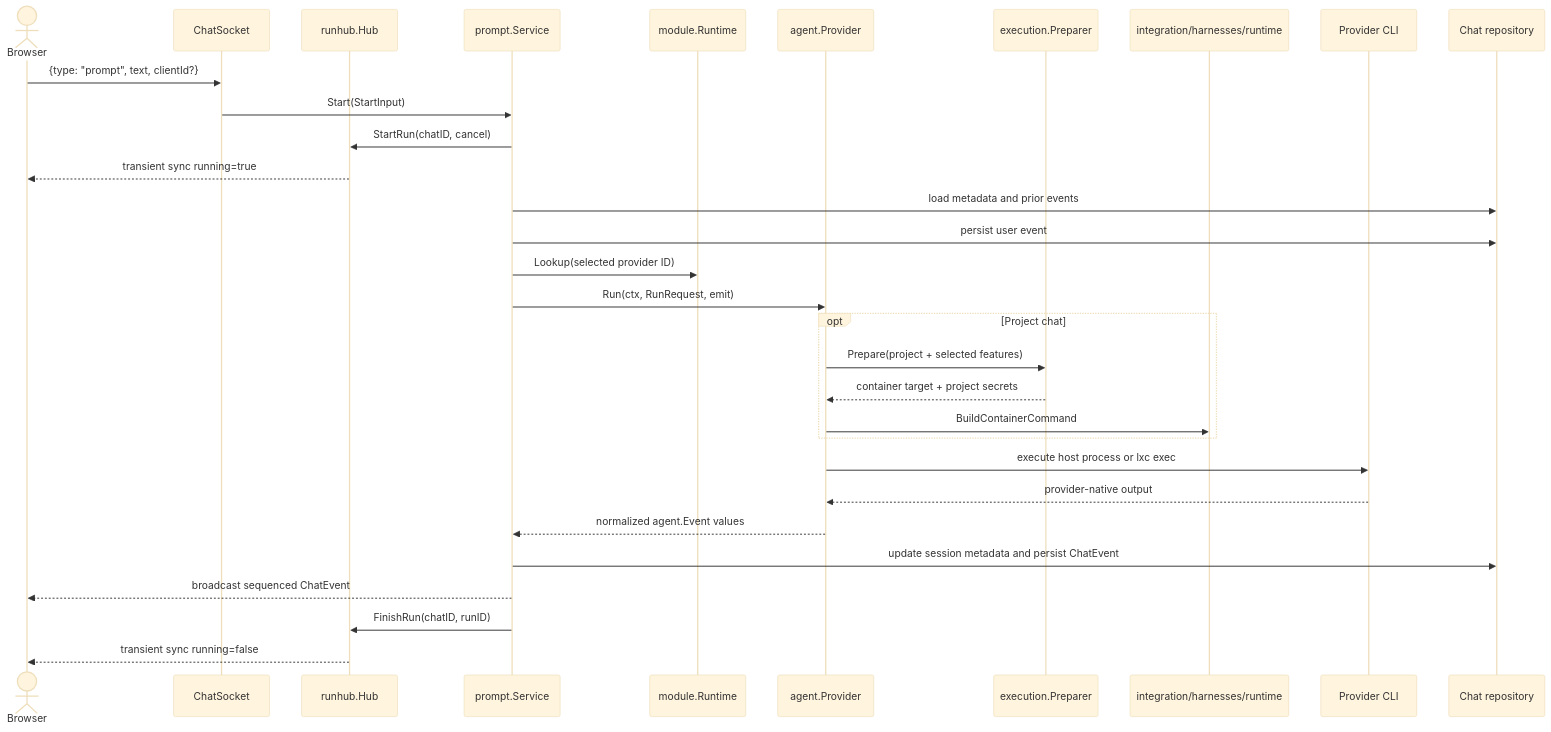
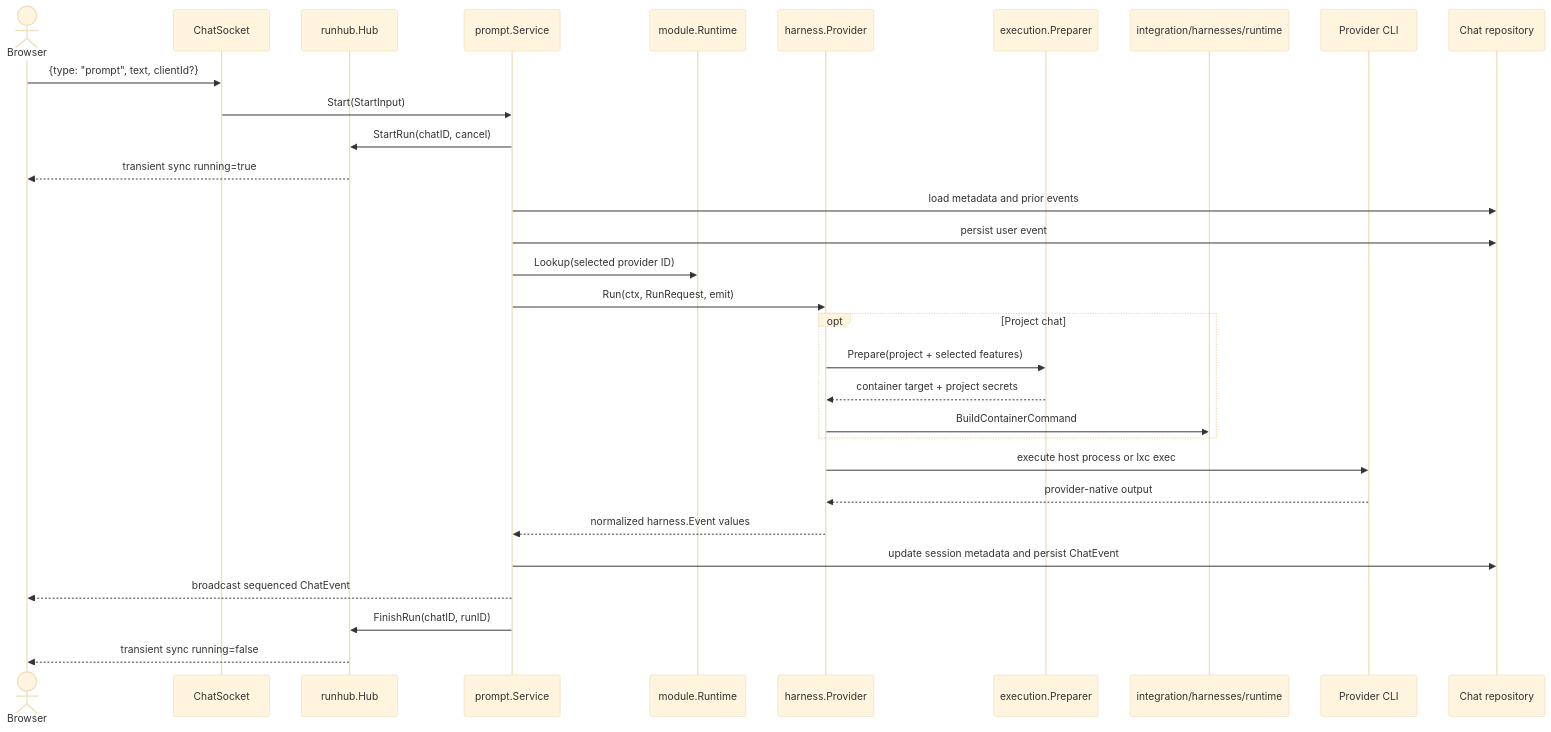
Before and after one commit to futrx-com/remote.futrx: the diagram in docs/dev/agents/02-runtime-and-event-parsing.md, drawn with Mermaid (base theme). The commit also changed other lines of this file and 66 other files, not shown here.

First line of the commit message:
refactor(harness): align remaining agent names with harness vocabulary

````diff
--- a/docs/dev/agents/02-runtime-and-event-parsing.md
+++ b/docs/dev/agents/02-runtime-and-event-parsing.md
@@ -10,34 +10,34 @@
 ```mermaid
 sequenceDiagram
     actor Browser
     participant Socket as ChatSocket
     participant Hub as runhub.Hub
     participant Prompt as prompt.Service
     participant Runtime as module.Runtime
-    participant Provider as agent.Provider
+    participant Provider as harness.Provider
     participant Prep as execution.Preparer
     participant Cmd as integration/harnesses/runtime
     participant CLI as Provider CLI
     participant Store as Chat repository
 
     Browser->>Socket: {type: "prompt", text, clientId?}
     Socket->>Prompt: Start(StartInput)
     Prompt->>Hub: StartRun(chatID, cancel)
     Hub-->>Browser: transient sync running=true
     Prompt->>Store: load metadata and prior events
     Prompt->>Store: persist user event
     Prompt->>Runtime: Lookup(selected provider ID)
     Prompt->>Provider: Run(ctx, RunRequest, emit)
     opt Project chat
         Provider->>Prep: Prepare(project + selected features)
         Prep-->>Provider: container target + project secrets
         Provider->>Cmd: BuildContainerCommand
     end
     Provider->>CLI: execute host process or lxc exec
     CLI-->>Provider: provider-native output
-    Provider-->>Prompt: normalized agent.Event values
+    Provider-->>Prompt: normalized harness.Event values
     Prompt->>Store: update session metadata and persist ChatEvent
     Prompt-->>Browser: broadcast sequenced ChatEvent
     Prompt->>Hub: FinishRun(chatID, runID)
     Hub-->>Browser: transient sync running=false
 ```
````
